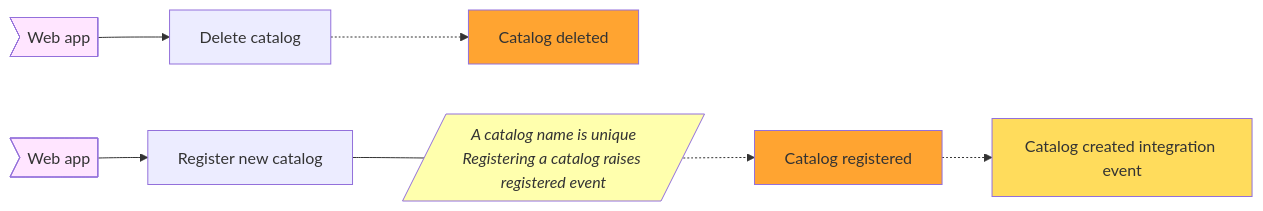
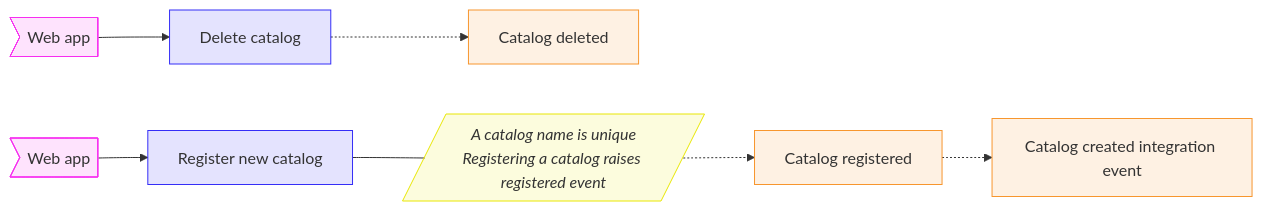
One commit to pierregillon/BoundedContextCanvasGenerator changed the first of 2 diagrams in src/SolutionExample/Example/bounded_context_canvas.md. Above: the diagram before and after it, drawn with Mermaid. The commit also changed other lines of this file and 9 other files, not shown here.

````diff
--- a/src/SolutionExample/Example/bounded_context_canvas.md
+++ b/src/SolutionExample/Example/bounded_context_canvas.md
@@ -31,27 +31,30 @@
 ```mermaid
 flowchart LR
-    classDef frontCollaborators fill:#FFE5FF;
-    classDef domainEvents fill:#FFA431;
-    classDef policies fill:#FFFFAD, font-style:italic;
-    classDef integrationEvents fill:#FFDC5C;
+    classDef commands fill:#352ef722, stroke:#352ef7;
+    classDef frontCollaborators fill:#f72ef022, stroke:#f72ef0;
+    classDef domainEvents fill:#f7962e22, stroke:#f7962e;
+    classDef policies fill:#E9E70522, stroke:#E9E705, font-style:italic;
+    classDef integrationEvents fill:#f7962e22, stroke:#f7962e;
     CatalogApplicationCatalogDeleteCatalogCommand["Delete catalog"]
+    class CatalogApplicationCatalogDeleteCatalogCommand commands;
     CatalogApplicationCatalogDeleteCatalogCommandWebAppCollaborator>"Web app"]
     class CatalogApplicationCatalogDeleteCatalogCommandWebAppCollaborator frontCollaborators;
     CatalogDomainCatalogEventsCatalogDeleted["Catalog deleted"]
     class CatalogDomainCatalogEventsCatalogDeleted domainEvents;
     CatalogApplicationCatalogRegisterNewCatalogCommand["Register new catalog"]
+    class CatalogApplicationCatalogRegisterNewCatalogCommand commands;
     CatalogApplicationCatalogRegisterNewCatalogCommandWebAppCollaborator>"Web app"]
     class CatalogApplicationCatalogRegisterNewCatalogCommandWebAppCollaborator frontCollaborators;
     CatalogApplicationCatalogRegisterNewCatalogCommandPolicies[/"A catalog name is unique<br/>Registering a catalog raises registered event"/]
     class CatalogApplicationCatalogRegisterNewCatalogCommandPolicies policies;
     CatalogDomainCatalogEventsCatalogRegistered["Catalog registered"]
     class CatalogDomainCatalogEventsCatalogRegistered domainEvents;
     CatalogInfrastructureCatalogCatalogCreatedIntegrationEvent["Catalog created integration event"]
     class CatalogInfrastructureCatalogCatalogCreatedIntegrationEvent integrationEvents;
     CatalogApplicationCatalogDeleteCatalogCommandWebAppCollaborator --> CatalogApplicationCatalogDeleteCatalogCommand
     CatalogApplicationCatalogDeleteCatalogCommand -.-> CatalogDomainCatalogEventsCatalogDeleted
     CatalogApplicationCatalogRegisterNewCatalogCommandWebAppCollaborator --> CatalogApplicationCatalogRegisterNewCatalogCommand
     CatalogApplicationCatalogRegisterNewCatalogCommand --- CatalogApplicationCatalogRegisterNewCatalogCommandPolicies
     CatalogApplicationCatalogRegisterNewCatalogCommandPolicies -.-> CatalogDomainCatalogEventsCatalogRegistered
     CatalogDomainCatalogEventsCatalogRegistered -.-> CatalogInfrastructureCatalogCatalogCreatedIntegrationEvent
 ```
````
